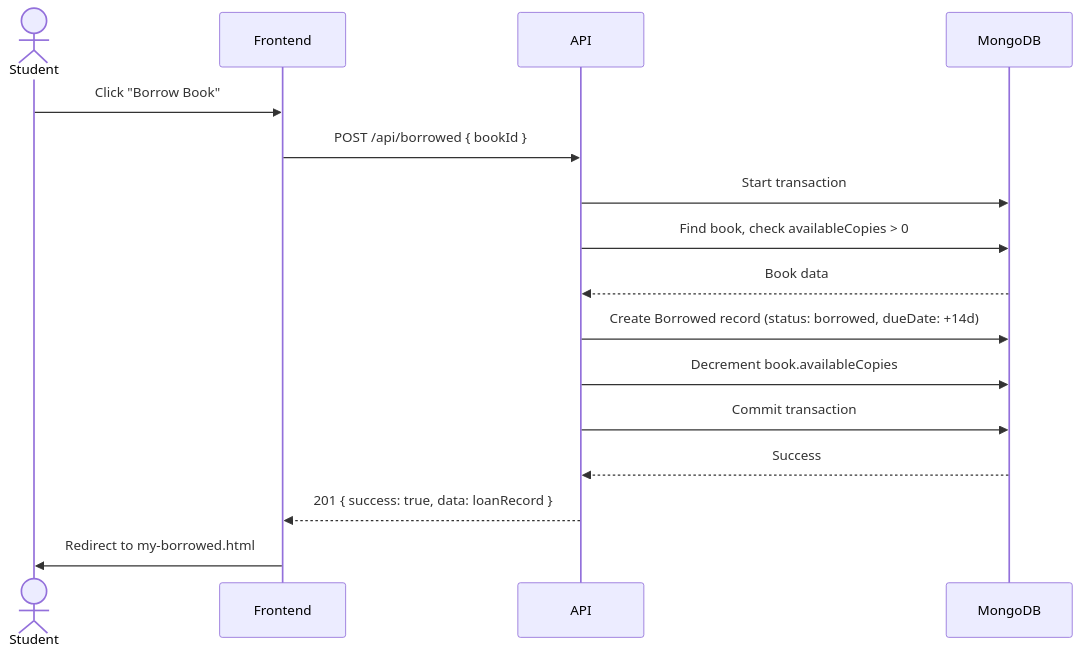
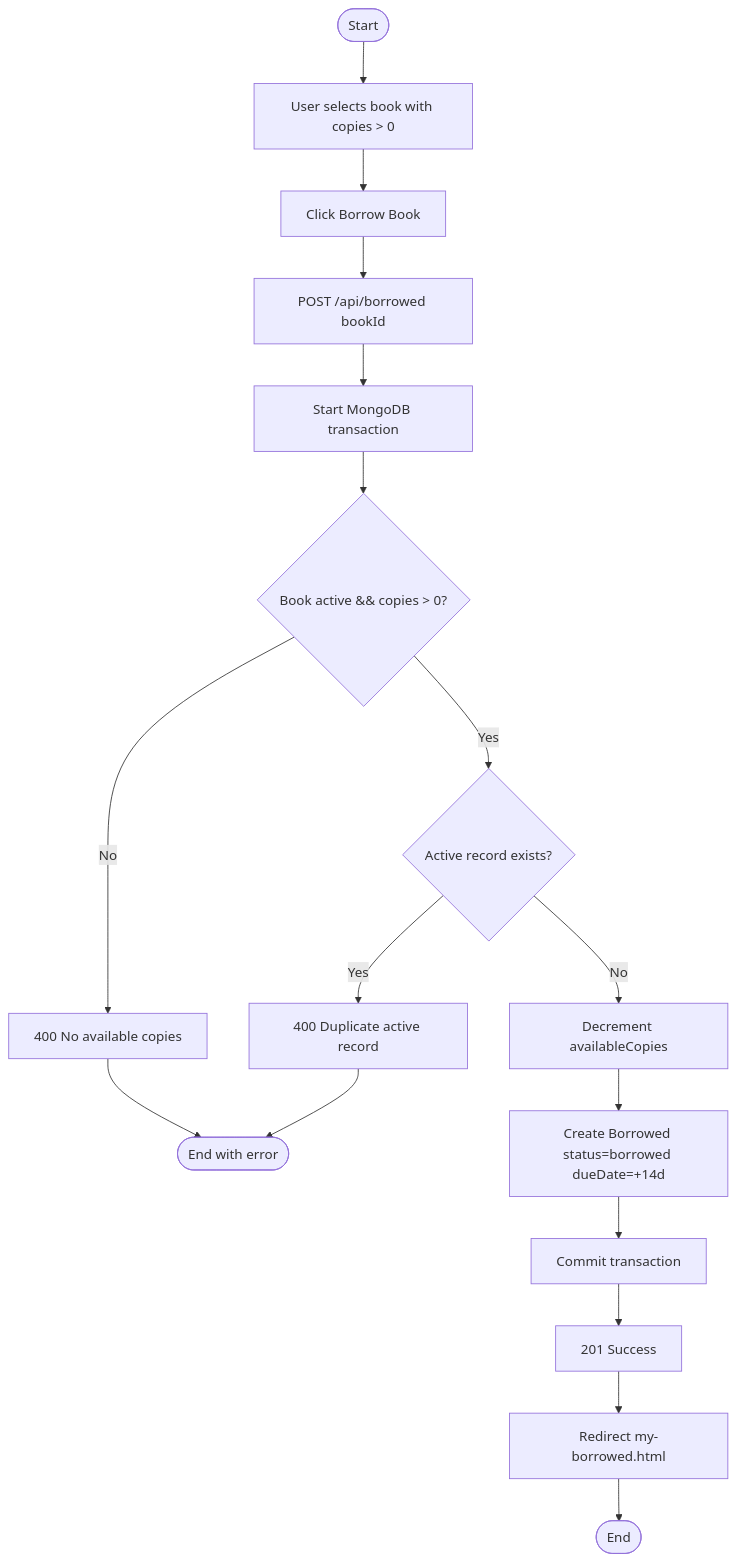
The ninth of 17 diagrams in DOCUMENTATION.md (ayatkady/eelu-library-hub), drawn with Mermaid before and after one commit. The commit also changed other lines of this file and 21 other files, not shown here.

````diff
--- a/DOCUMENTATION.md
+++ b/DOCUMENTATION.md
@@ -1401,19 +2168,19 @@
 ```mermaid
-sequenceDiagram
-    actor S as Student
-    participant F as Frontend
-    participant A as API
-    participant DB as MongoDB
-
-    S->>F: Click "Borrow Book"
-    F->>A: POST /api/borrowed { bookId }
-    A->>DB: Start transaction
-    A->>DB: Find book, check availableCopies > 0
-    DB-->>A: Book data
-    A->>DB: Create Borrowed record (status: borrowed, dueDate: +14d)
-    A->>DB: Decrement book.availableCopies
-    A->>DB: Commit transaction
-    DB-->>A: Success
-    A-->>F: 201 { success: true, data: loanRecord }
-    F->>S: Redirect to my-borrowed.html
+flowchart TD
+    A([Start]) --> B[User selects book with copies > 0]
+    B --> C[Click Borrow Book]
+    C --> D[POST /api/borrowed bookId]
+    D --> E[Start MongoDB transaction]
+    E --> F{Book active && copies > 0?}
+    F -- No --> G[400 No available copies]
+    G --> H([End with error])
+    F -- Yes --> I{Active record exists?}
+    I -- Yes --> J[400 Duplicate active record]
+    J --> H
+    I -- No --> K[Decrement availableCopies]
+    K --> L[Create Borrowed status=borrowed dueDate=+14d]
+    L --> M[Commit transaction]
+    M --> N[201 Success]
+    N --> O[Redirect my-borrowed.html]
+    O --> P([End])
 ```
````
